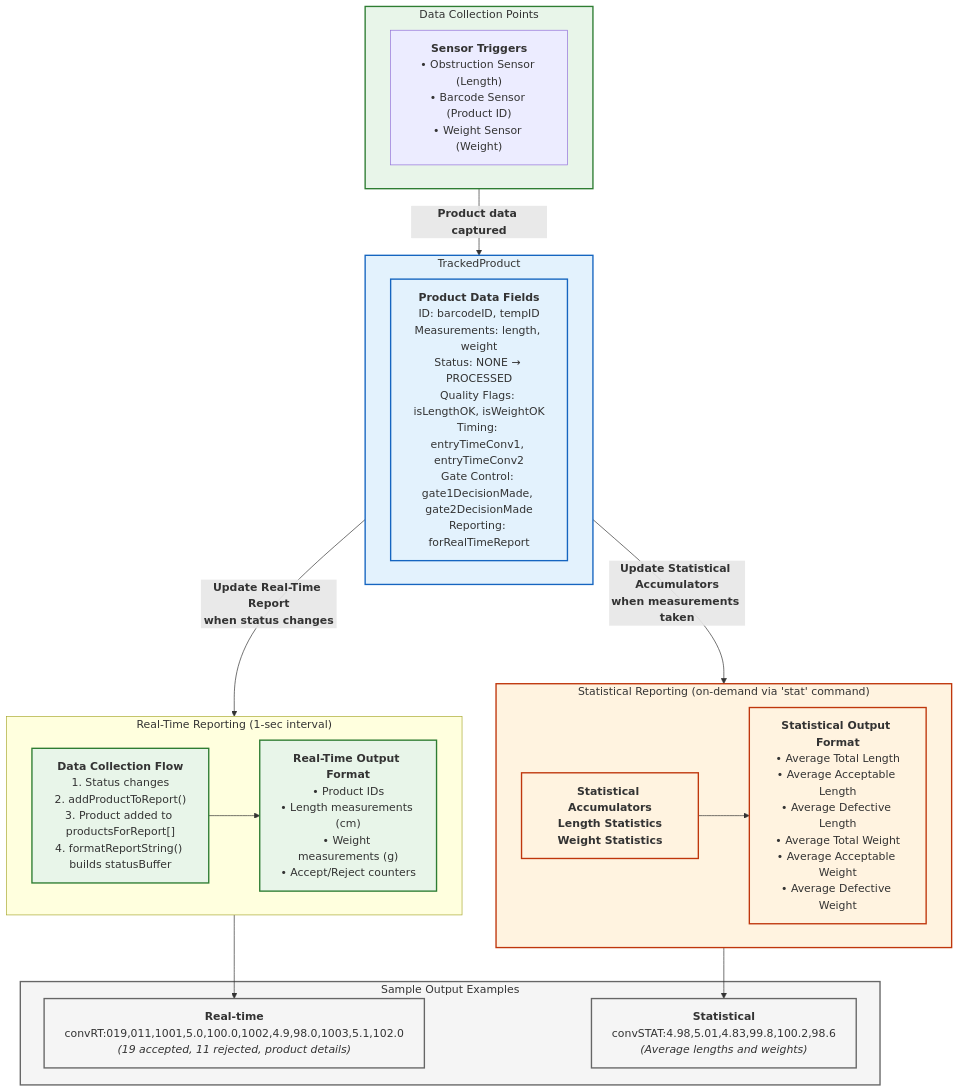
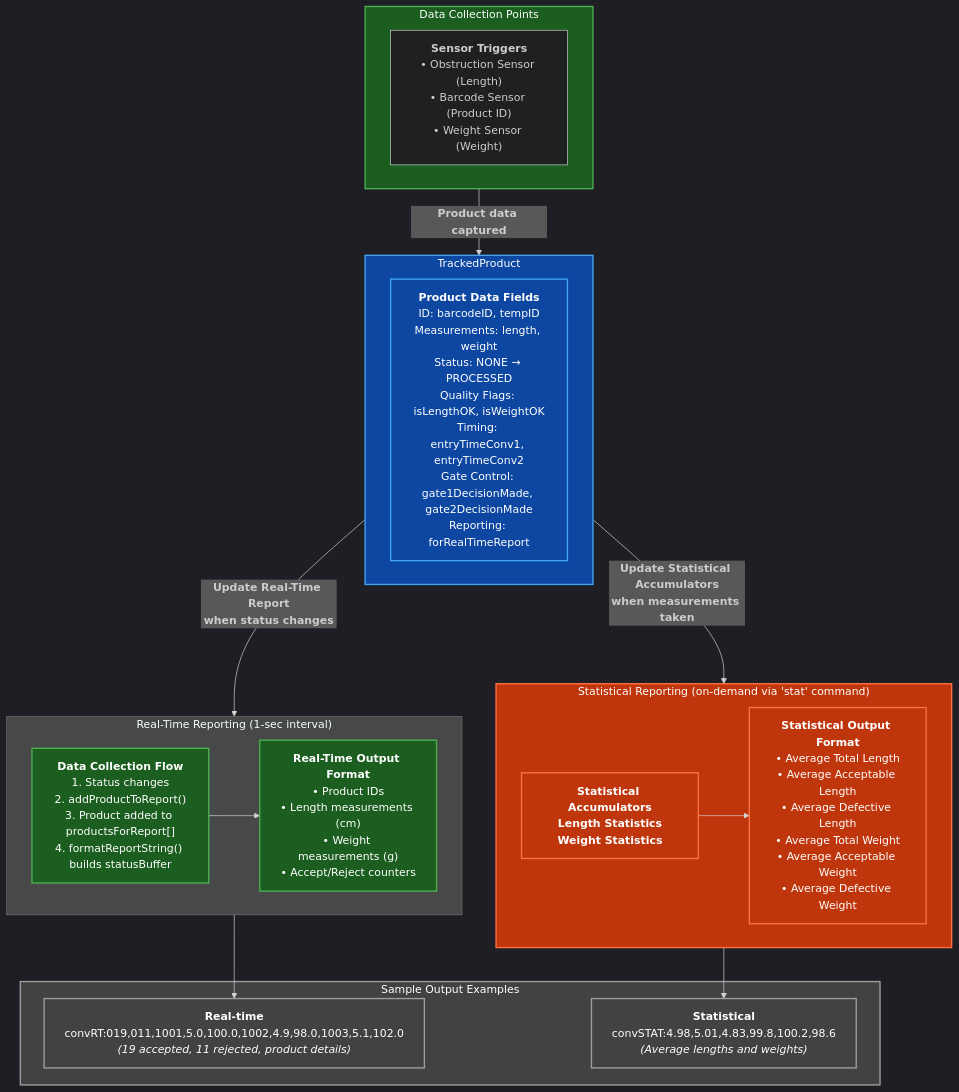
The second of 3 diagrams in Readme.md (ryan7302/Smart-Dual-Coveyor-System), drawn with Mermaid before and after one commit.

````diff
--- a/Readme.md
+++ b/Readme.md
@@ -136,53 +136,54 @@
 ```mermaid
+%%{init: {'theme': 'dark'}}%%
 graph TB
-    %% Styles
-    classDef green fill:#e8f5e9,stroke:#2e7d32,stroke-width:2px
-    classDef blue fill:#e3f2fd,stroke:#1565c0,stroke-width:2px
-    classDef orange fill:#fff3e0,stroke:#bf360c,stroke-width:2px
-    classDef gray fill:#f5f5f5,stroke:#666,stroke-width:2px
+    %% Dark theme class definitions
+    classDef green fill:#1b5e20,stroke:#4caf50,stroke-width:2px,color:#fff
+    classDef blue fill:#0d47a1,stroke:#42a5f5,stroke-width:2px,color:#fff
+    classDef orange fill:#bf360c,stroke:#ff7043,stroke-width:2px,color:#fff
+    classDef gray fill:#424242,stroke:#9e9e9e,stroke-width:2px,color:#fff
 
     %% Data Collection Points
     subgraph DC["Data Collection Points"]
       sensors["<b>Sensor Triggers</b><br/>• Obstruction Sensor (Length)<br/>• Barcode Sensor (Product ID)<br/>• Weight Sensor (Weight)"]
     end
 
     %% TrackedProduct
     subgraph TP["TrackedProduct"]
       product["<b>Product Data Fields</b><br/>ID: barcodeID, tempID<br/>Measurements: length, weight<br/>Status: NONE → PROCESSED<br/>Quality Flags: isLengthOK, isWeightOK<br/>Timing: entryTimeConv1, entryTimeConv2<br/>Gate Control: gate1DecisionMade, gate2DecisionMade<br/>Reporting: forRealTimeReport"]
     end
 
     %% Real-Time Reporting (1-sec interval)
     subgraph RT["Real-Time Reporting (1-sec interval)"]
       direction LR
       rt_flow["<b>Data Collection Flow</b><br/>1. Status changes<br/>2. addProductToReport()<br/>3. Product added to productsForReport[]<br/>4. formatReportString() builds statusBuffer"]
       rt_output["<b>Real-Time Output Format</b><br/>• Product IDs<br/>• Length measurements (cm)<br/>• Weight measurements (g)<br/>• Accept/Reject counters"]
       rt_flow --> rt_output
     end
 
     %% Statistical Reporting (on-demand via 'stat' command)
     subgraph STAT["Statistical Reporting (on-demand via 'stat' command)"]
       direction LR
       stat_accum["<b>Statistical Accumulators</b><br/><b>Length Statistics</b><br/><b>Weight Statistics</b>"]
       stat_output["<b>Statistical Output Format</b><br/>• Average Total Length<br/>• Average Acceptable Length<br/>• Average Defective Length<br/>• Average Total Weight<br/>• Average Acceptable Weight<br/>• Average Defective Weight"]
       stat_accum --> stat_output
     end
 
     %% Sample Outputs
     subgraph SAMPLES["Sample Output Examples"]
       rt_sample["<b>Real-time</b><br/>convRT:019,011,1001,5.0,100.0,1002,4.9,98.0,1003,5.1,102.0<br/><i>(19 accepted, 11 rejected, product details)</i>"]
       stat_sample["<b>Statistical</b><br/>convSTAT:4.98,5.01,4.83,99.8,100.2,98.6<br/><i>(Average lengths and weights)</i>"]
     end
 
     %% Connections
     DC -->|<b>Product data captured</b>| TP
     TP -->|<b>Update Real-Time Report<br/>when status changes</b>| RT
     TP -->|<b>Update Statistical Accumulators<br/>when measurements taken</b>| STAT
     rt_output --> rt_sample
     stat_output --> stat_sample
 
     %% Apply colour classes
     class DC,rt_flow,rt_output green
     class TP,product blue
     class STAT,stat_accum,stat_output orange
     class SAMPLES,rt_sample,stat_sample gray
 ```
````
